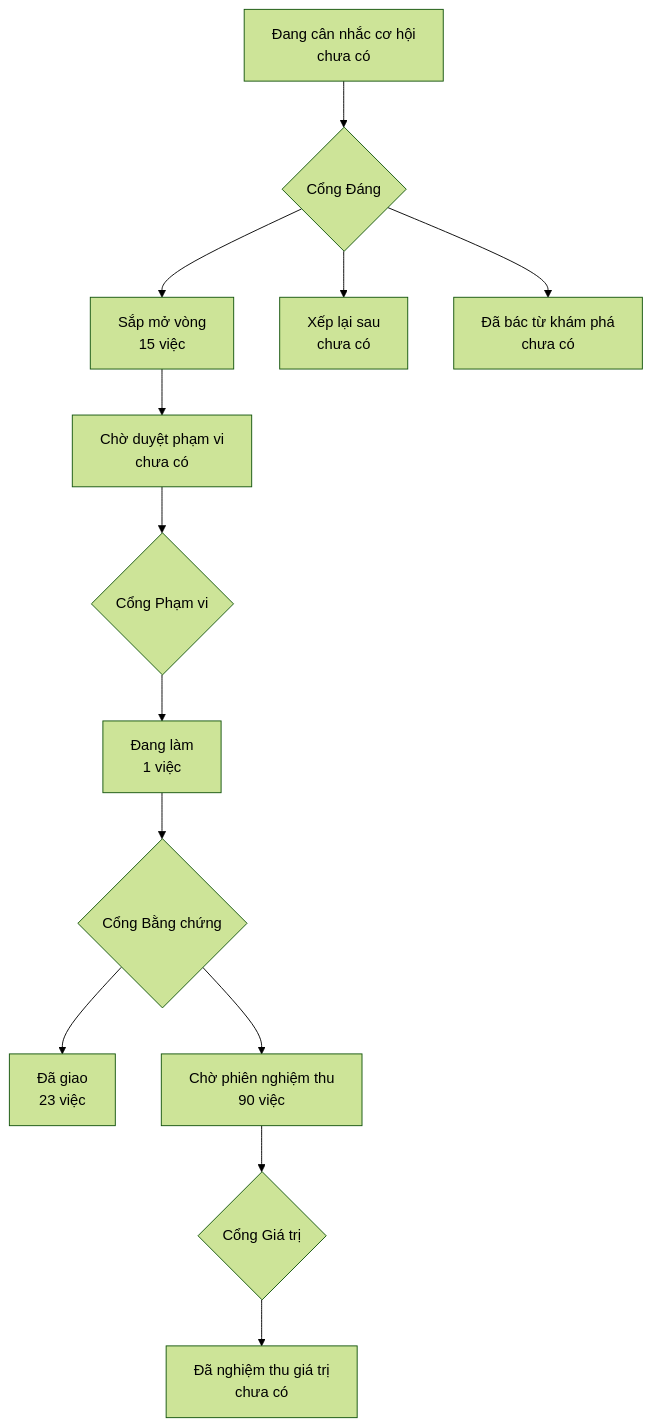
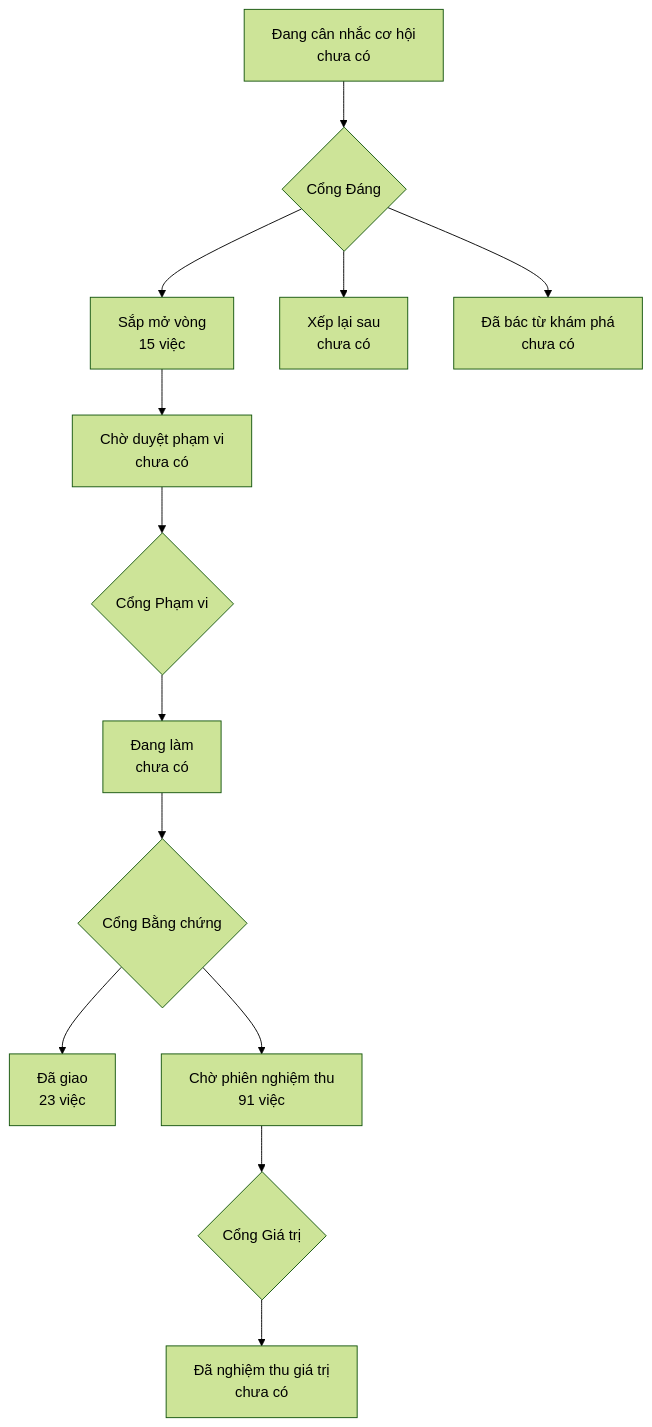
One commit to phanlemanh/onehub-quy-hang changed the diagram in PRODUCT-MAP.md. Above: the diagram before and after it, drawn with Mermaid (forest theme). The commit also changed other lines of this file and 7 other files, not shown here.

````diff
--- a/PRODUCT-MAP.md
+++ b/PRODUCT-MAP.md
@@ -7,12 +7,12 @@
 ```mermaid
 flowchart TD
   A["Đang cân nhắc cơ hội<br/>chưa có"] --> GD{"Cổng Đáng"}
   GD --> B["Sắp mở vòng<br/>15 việc"]
   GD --> XL["Xếp lại sau<br/>chưa có"]
   GD --> DB["Đã bác từ khám phá<br/>chưa có"]
   B --> CD["Chờ duyệt phạm vi<br/>chưa có"] --> GP{"Cổng Phạm vi"}
-  GP --> DL["Đang làm<br/>1 việc"] --> GB{"Cổng Bằng chứng"}
+  GP --> DL["Đang làm<br/>chưa có"] --> GB{"Cổng Bằng chứng"}
   GB --> DG["Đã giao<br/>23 việc"]
-  GB --> CN["Chờ phiên nghiệm thu<br/>90 việc"] --> GG{"Cổng Giá trị"}
+  GB --> CN["Chờ phiên nghiệm thu<br/>91 việc"] --> GG{"Cổng Giá trị"}
   GG --> NT["Đã nghiệm thu giá trị<br/>chưa có"]
 ```
````
